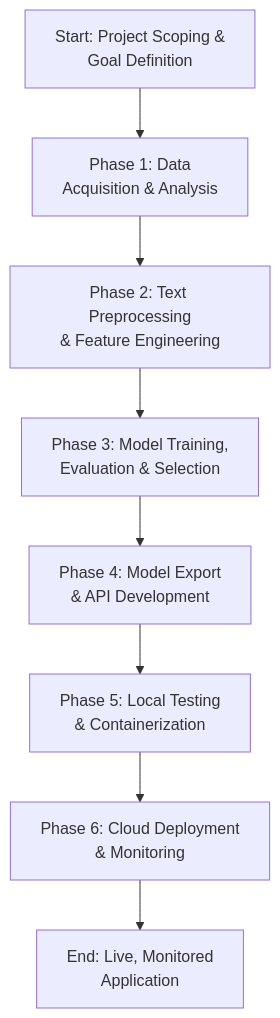
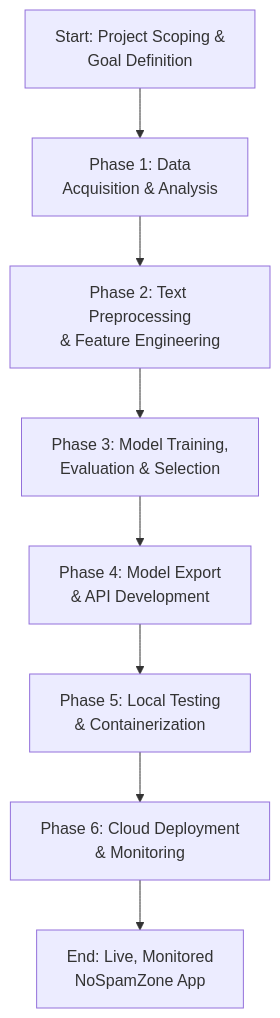
Before and after one commit to SOUAD71/NoSpamZone: the diagram in README.md, drawn with Mermaid. The commit also changed other lines of this file, not shown here.

First line of the commit message:
Rename project to NoSpamZone in README

````diff
--- a/README.md
+++ b/README.md
@@ -49,10 +51,10 @@
 ```mermaid
 flowchart TD
     A[Start: Project Scoping &<br>Goal Definition] --> B[Phase 1: Data<br>Acquisition & Analysis]
     B --> C[Phase 2: Text Preprocessing<br>& Feature Engineering]
     C --> D[Phase 3: Model Training,<br>Evaluation & Selection]
     D --> E[Phase 4: Model Export<br>& API Development]
     E --> F[Phase 5: Local Testing<br>& Containerization]
     F --> G[Phase 6: Cloud Deployment<br>& Monitoring]
-    G --> H[End: Live, Monitored<br>Application]
+    G --> H[End: Live, Monitored<br>NoSpamZone App]
 ```
````
